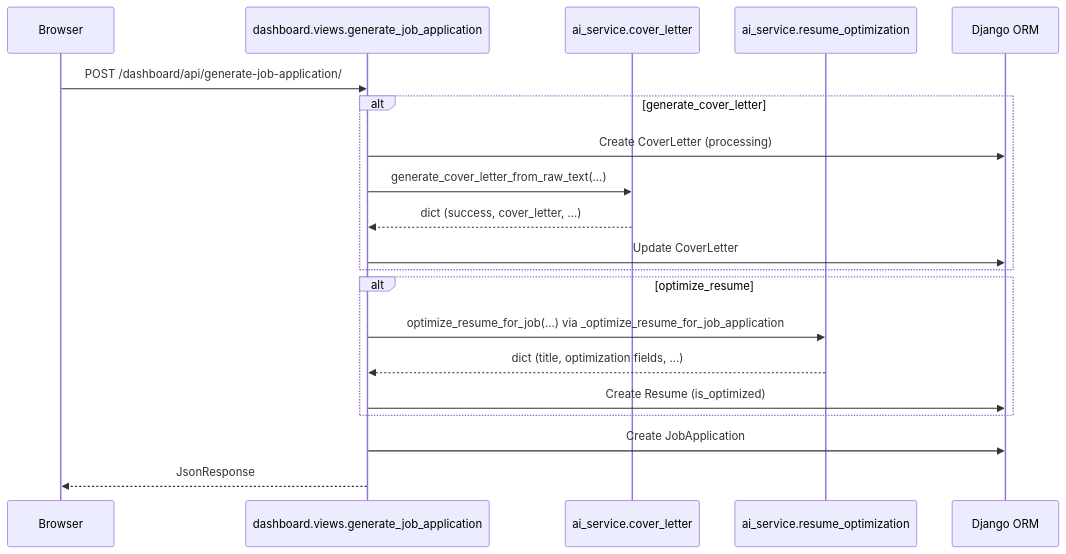
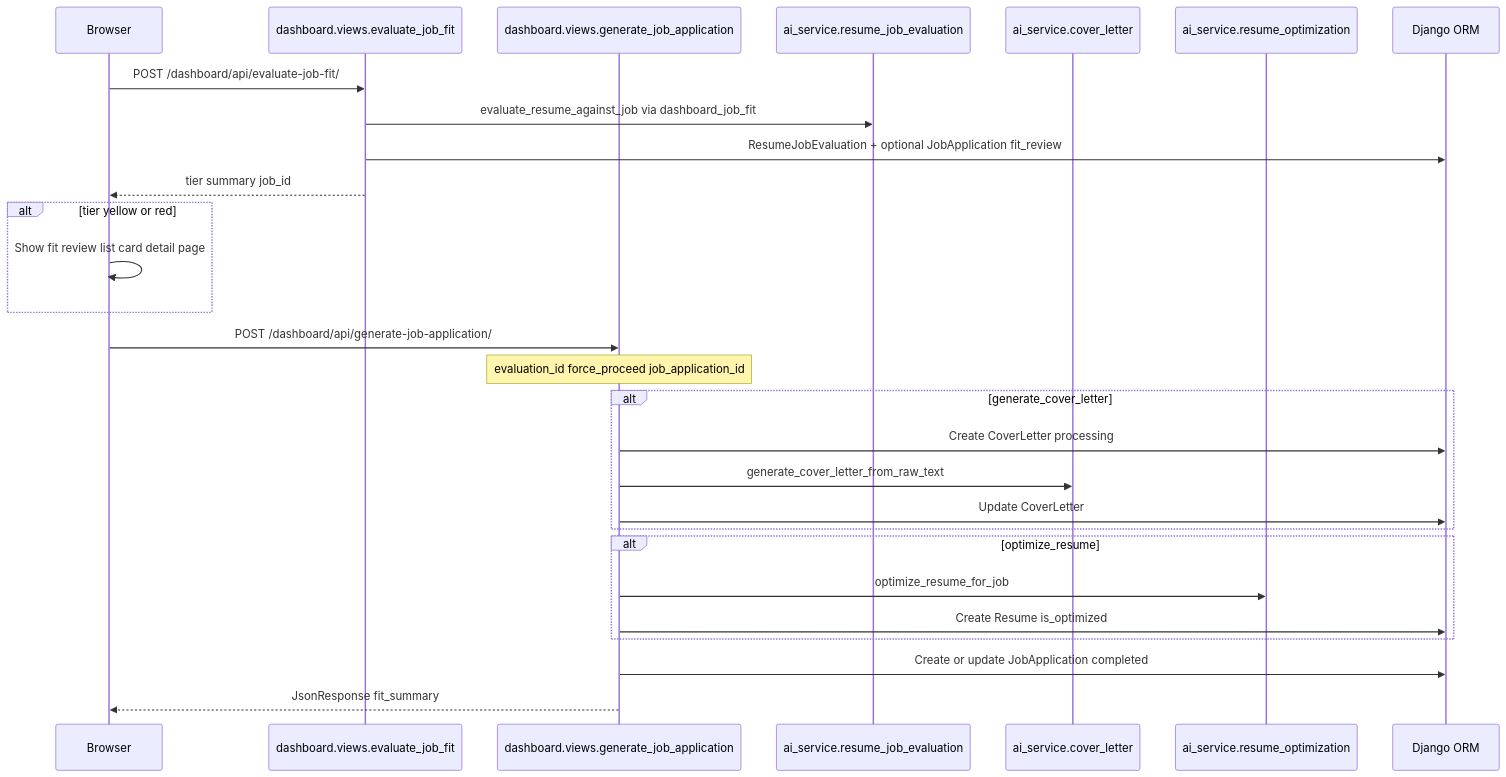
One commit to esaatech/Jobeasy changed the diagram in docs/architecture/dashboard-job-application-pipeline.md. Above: the diagram before and after it, drawn with Mermaid. The commit also changed other lines of this file and 25 other files, not shown here.

First line of the commit message:
Add dashboard job-fit gate with fit review UI and completed metrics.

````diff
--- a/docs/architecture/dashboard-job-application-pipeline.md
+++ b/docs/architecture/dashboard-job-application-pipeline.md
@@ -40,23 +42,31 @@
 ```mermaid
 sequenceDiagram
     participant Browser
+    participant EvalAPI as dashboard.views.evaluate_job_fit
     participant DashAPI as dashboard.views.generate_job_application
+    participant EvalAI as ai_service.resume_job_evaluation
     participant CL_AI as ai_service.cover_letter
     participant RO_AI as ai_service.resume_optimization
     participant DB as Django ORM
 
+    Browser->>EvalAPI: POST /dashboard/api/evaluate-job-fit/
+    EvalAPI->>EvalAI: evaluate_resume_against_job via dashboard_job_fit
+    EvalAPI->>DB: ResumeJobEvaluation + optional JobApplication fit_review
+    EvalAPI-->>Browser: tier summary job_id
+    alt tier yellow or red
+        Browser->>Browser: Show fit review list card detail page
+    end
     Browser->>DashAPI: POST /dashboard/api/generate-job-application/
+    Note over DashAPI: evaluation_id force_proceed job_application_id
     alt generate_cover_letter
-        DashAPI->>DB: Create CoverLetter (processing)
-        DashAPI->>CL_AI: generate_cover_letter_from_raw_text(...)
-        CL_AI-->>DashAPI: dict (success, cover_letter, ...)
+        DashAPI->>DB: Create CoverLetter processing
+        DashAPI->>CL_AI: generate_cover_letter_from_raw_text
         DashAPI->>DB: Update CoverLetter
     end
     alt optimize_resume
-        DashAPI->>RO_AI: optimize_resume_for_job(...) via _optimize_resume_for_job_application
-        RO_AI-->>DashAPI: dict (title, optimization fields, ...)
-        DashAPI->>DB: Create Resume (is_optimized)
+        DashAPI->>RO_AI: optimize_resume_for_job
+        DashAPI->>DB: Create Resume is_optimized
     end
-    DashAPI->>DB: Create JobApplication
-    DashAPI-->>Browser: JsonResponse
+    DashAPI->>DB: Create or update JobApplication completed
+    DashAPI-->>Browser: JsonResponse fit_summary
 ```
````
